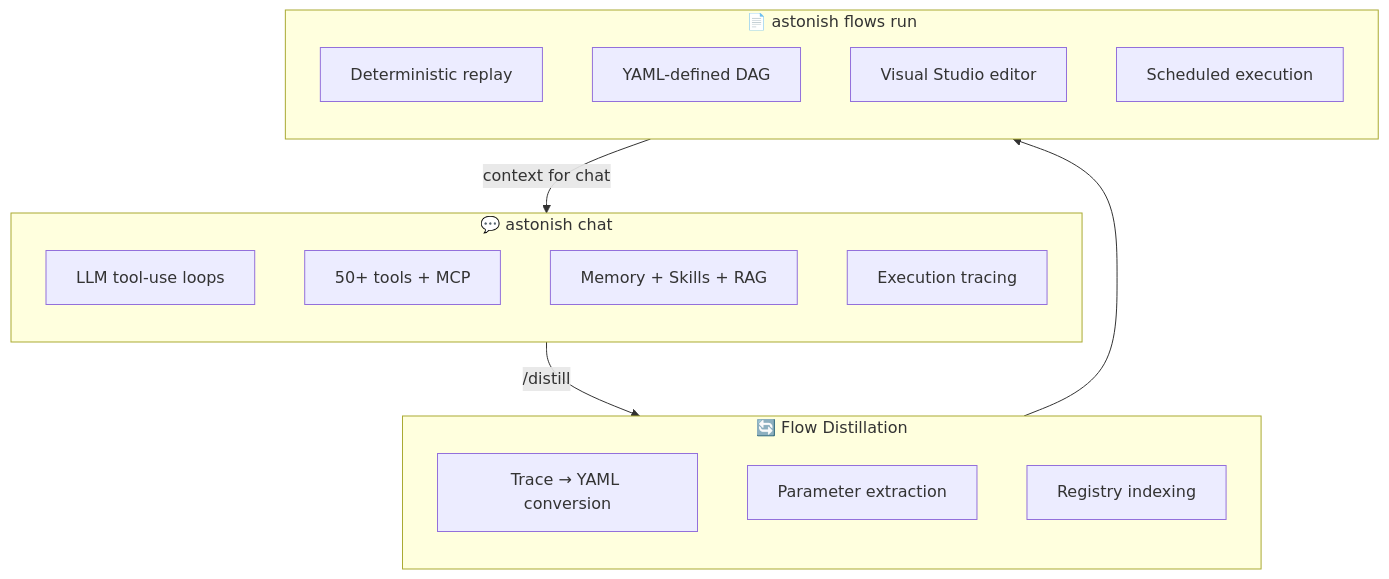
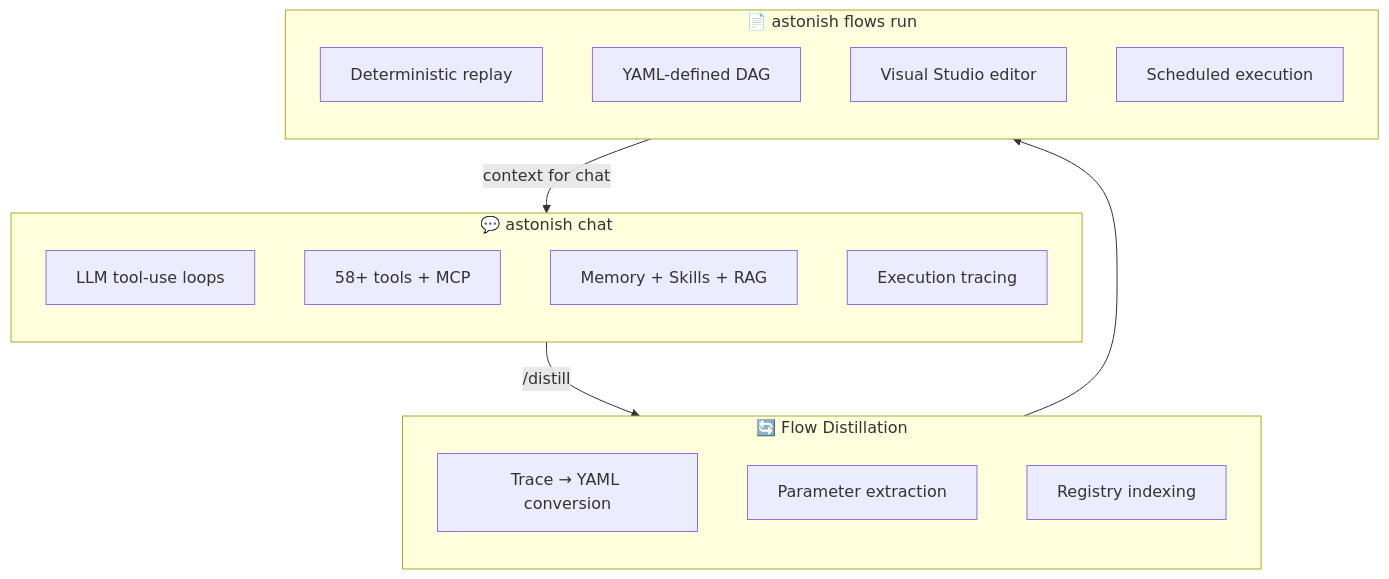
One commit to schardosin/astonish changed the diagram in README.md. Above: the diagram before and after it, drawn with Mermaid. The commit also changed other lines of this file, not shown here.

Commit message:
docs: update README with email channel and tools integration

````diff
--- a/README.md
+++ b/README.md
@@ -267,29 +270,29 @@
 ```mermaid
 flowchart TB
     subgraph Chat["💬 astonish chat"]
         direction TB
         C1["LLM tool-use loops"]
-        C2["50+ tools + MCP"]
+        C2["58+ tools + MCP"]
         C3["Memory + Skills + RAG"]
         C4["Execution tracing"]
     end
 
     subgraph Distill["🔄 Flow Distillation"]
         direction TB
         D1["Trace → YAML conversion"]
         D2["Parameter extraction"]
         D3["Registry indexing"]
     end
 
     subgraph Flows["📄 astonish flows run"]
         direction TB
         F1["Deterministic replay"]
         F2["YAML-defined DAG"]
         F3["Visual Studio editor"]
         F4["Scheduled execution"]
     end
 
     Chat -->|/distill| Distill
     Distill --> Flows
     Flows -->|"context for chat"| Chat
 ```
````
